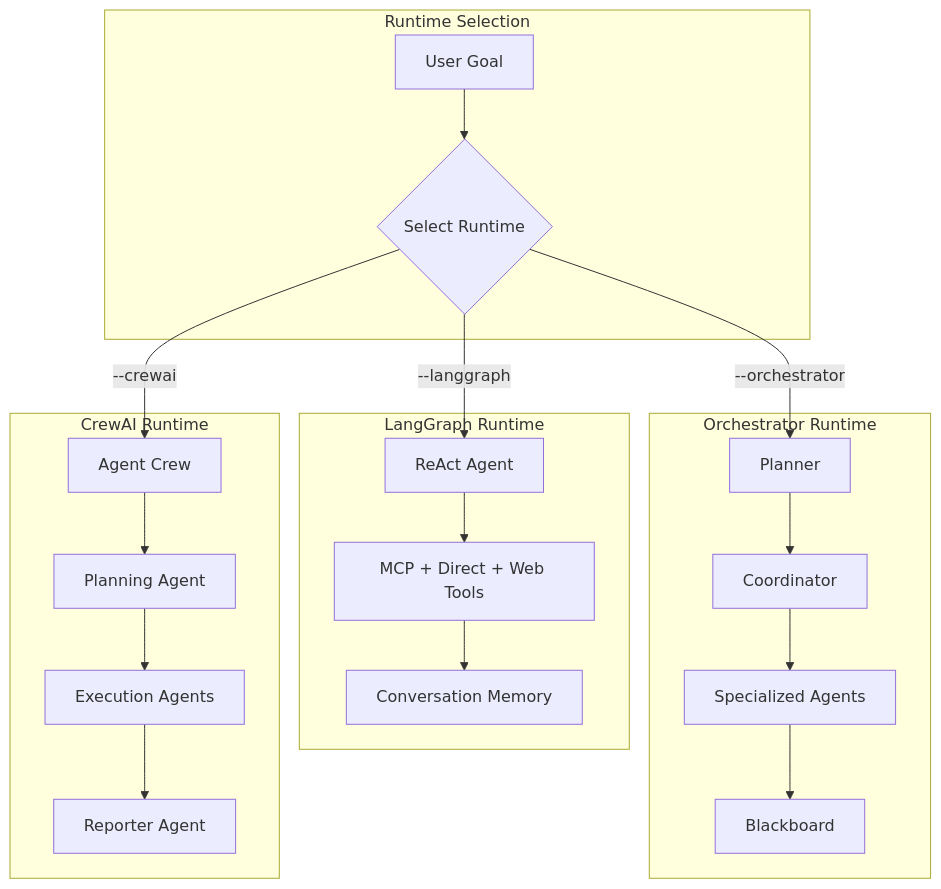
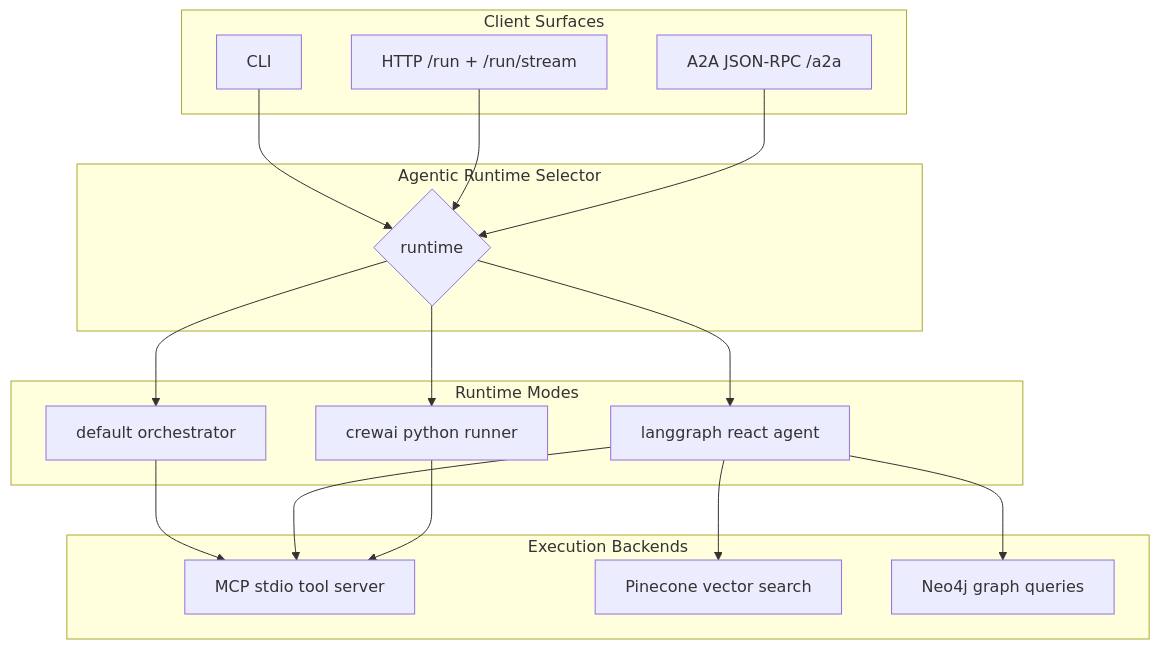
Diagram 12 of 32 in ARCHITECTURE.md (hoangsonww/EstateWise-Chapel-Hill-Chatbot), drawn with Mermaid before and after one commit. The commit also changed other lines of this file and 26 other files, not shown here.

````diff
--- a/ARCHITECTURE.md
+++ b/ARCHITECTURE.md
@@ -506,43 +570,38 @@
 ```mermaid
 flowchart TB
-  subgraph "Runtime Selection"
-    Goal[User Goal]
-    Selector{Select Runtime}
+  subgraph "Client Surfaces"
+    CLI[CLI]
+    HTTP[HTTP /run + /run/stream]
+    A2A[A2A JSON-RPC /a2a]
   end
 
-  subgraph "Orchestrator Runtime"
-    O_Plan[Planner]
-    O_Coord[Coordinator]
-    O_Agents[Specialized Agents]
-    O_Black[Blackboard]
+  subgraph "Agentic Runtime Selector"
+    Selector{runtime}
   end
 
-  subgraph "LangGraph Runtime"
-    L_React[ReAct Agent]
-    L_Tools[MCP + Direct + Web Tools]
-    L_Memory[Conversation Memory]
+  subgraph "Runtime Modes"
+    ORCH[default orchestrator]
+    LG[langgraph react agent]
+    CREW[crewai python runner]
   end
 
-  subgraph "CrewAI Runtime"
-    C_Crew[Agent Crew]
-    C_Plan[Planning Agent]
-    C_Exec[Execution Agents]
-    C_Report[Reporter Agent]
+  subgraph "Execution Backends"
+    MCP[MCP stdio tool server]
+    Pinecone[Pinecone vector search]
+    Neo4j[Neo4j graph queries]
   end
 
-  Goal --> Selector
-  Selector -->|--orchestrator| O_Plan
-  Selector -->|--langgraph| L_React
-  Selector -->|--crewai| C_Crew
+  CLI --> Selector
+  HTTP --> Selector
+  A2A --> Selector
 
-  O_Plan --> O_Coord
-  O_Coord --> O_Agents
-  O_Agents --> O_Black
+  Selector --> ORCH
+  Selector --> LG
+  Selector --> CREW
 
-  L_React --> L_Tools
-  L_Tools --> L_Memory
-
-  C_Crew --> C_Plan
-  C_Plan --> C_Exec
-  C_Exec --> C_Report
+  ORCH --> MCP
+  LG --> MCP
+  LG --> Pinecone
+  LG --> Neo4j
+  CREW --> MCP
 ```
````
